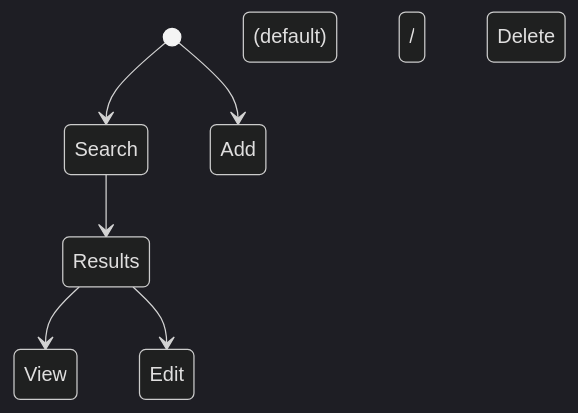
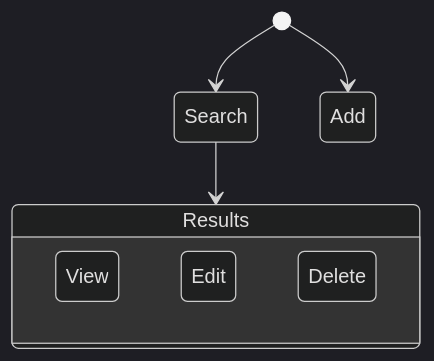
One commit to scottfones/mysig_inv_mgt changed the diagram in README.md. Above: the diagram before and after it, drawn with Mermaid (dark theme).

Commit message:
reformated overall state diagram. added composite states to results.

````diff
--- a/README.md
+++ b/README.md
@@ -3,8 +3,11 @@
 ```mermaid
 stateDiagram-v2
-  [*] --> Search (default)
+  [*] --> Search
   [*] --> Add
   Search --> Results
-  Results --> View
-  Results --> Edit / Delete
+  state Results {
+    View
+    Edit 
+    Delete
+  }
 ```
````
